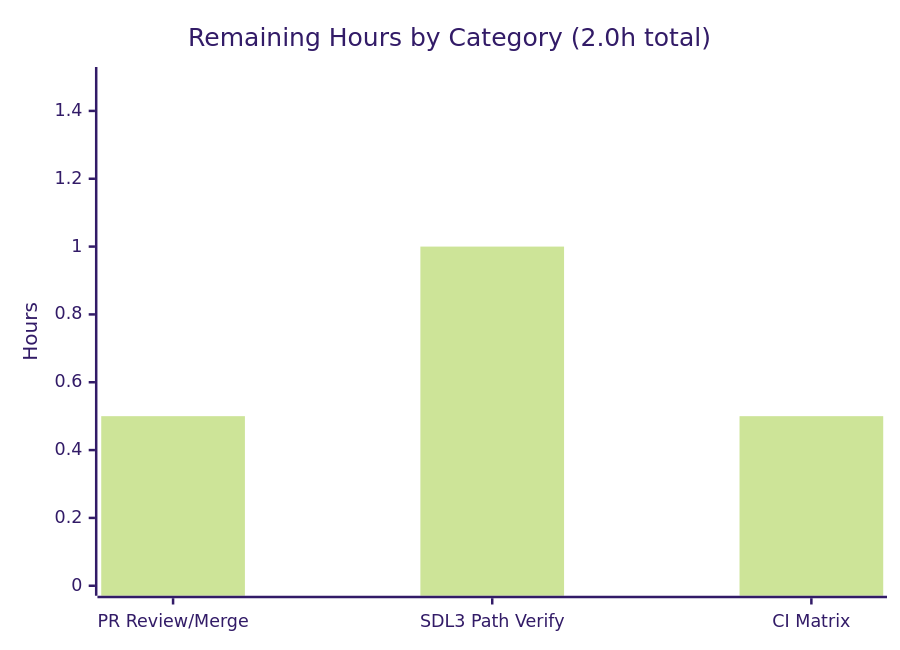
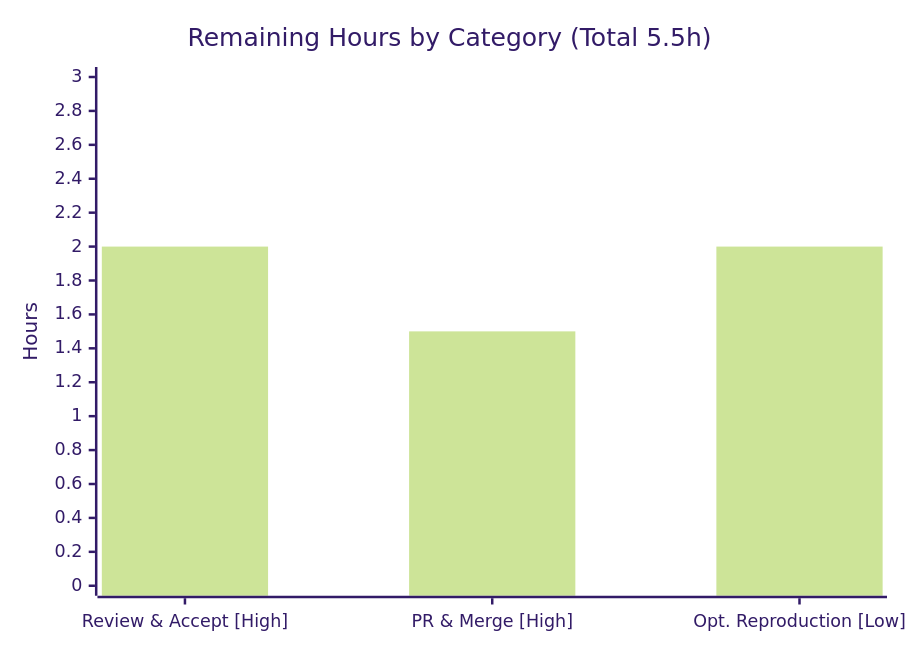
Before and after one commit to Blitzy-Sandbox/Cataclysm-DDA: the third of 3 diagrams in blitzy/documentation/Project Guide.md, drawn with Mermaid (forest theme). The commit also changed other lines of this file, not shown here.

Commit message:
Adding Blitzy Project Guide: Project Status and Human Tasks Remaining

````diff
--- a/blitzy/documentation/Project Guide.md
+++ b/blitzy/documentation/Project Guide.md
@@ -182,7 +225,7 @@
 ```mermaid
 xychart-beta
-    title "Remaining Hours by Category (2.0h total)"
-    x-axis ["PR Review/Merge", "SDL3 Path Verify", "CI Matrix"]
-    y-axis "Hours" 0 --> 1.5
-    bar [0.5, 1.0, 0.5]
+    title "Remaining Hours by Category (Total 5.5h)"
+    x-axis ["Review & Accept [High]", "PR & Merge [High]", "Opt. Reproduction [Low]"]
+    y-axis "Hours" 0 --> 3
+    bar [2.0, 1.5, 2.0]
 ```
````
